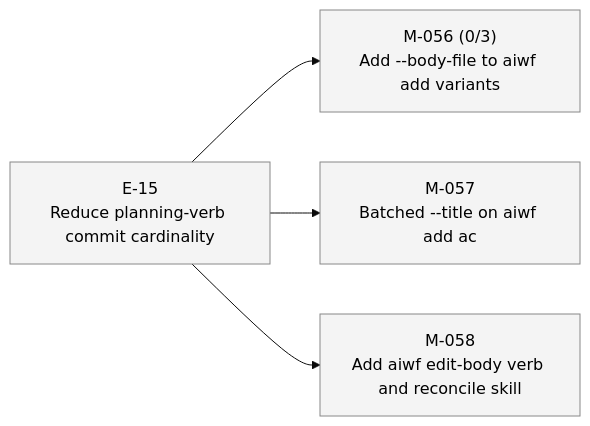
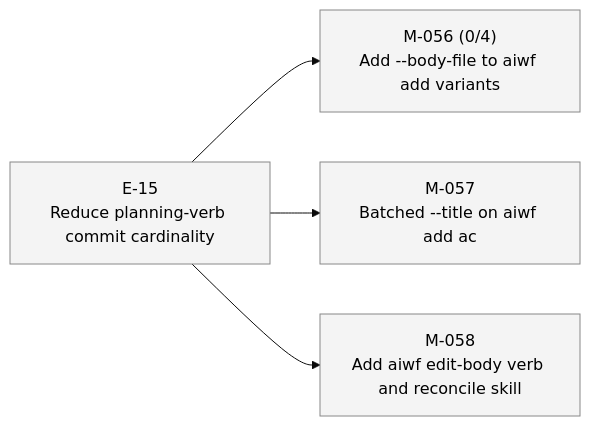
One commit to 23min/aiwf changed the third of 3 diagrams in STATUS.md. Above: the diagram before and after it, drawn with Mermaid (base theme). The commit also changed other lines of this file and 1 other file, not shown here.

First line of the commit message:
aiwf add ac M-056/AC-4 "Body and frontmatter committed together in single create commit"

````diff
--- a/STATUS.md
+++ b/STATUS.md
@@ -69,16 +69,16 @@
 ```mermaid
 flowchart LR
   E_15["E-15<br/>Reduce planning-verb commit cardinality"]:::epic_proposed
-  M_056["M-056 (0/3)<br/>Add --body-file to aiwf add variants"]:::ms_draft
+  M_056["M-056 (0/4)<br/>Add --body-file to aiwf add variants"]:::ms_draft
   E_15 --> M_056
   M_057["M-057<br/>Batched --title on aiwf add ac"]:::ms_draft
   E_15 --> M_057
   M_058["M-058<br/>Add aiwf edit-body verb and reconcile skill"]:::ms_draft
   E_15 --> M_058
   classDef epic_active fill:#d6eaff,stroke:#1a73e8,color:#000
   classDef epic_proposed fill:#f4f4f4,stroke:#888,color:#000
   classDef ms_done fill:#d8f5d8,stroke:#2a8a2a,color:#000
   classDef ms_in_progress fill:#fff3c4,stroke:#caa400,color:#000
   classDef ms_draft fill:#f4f4f4,stroke:#888,color:#000
   classDef ms_cancelled fill:#fbeaea,stroke:#c33,color:#000
 ```
````
